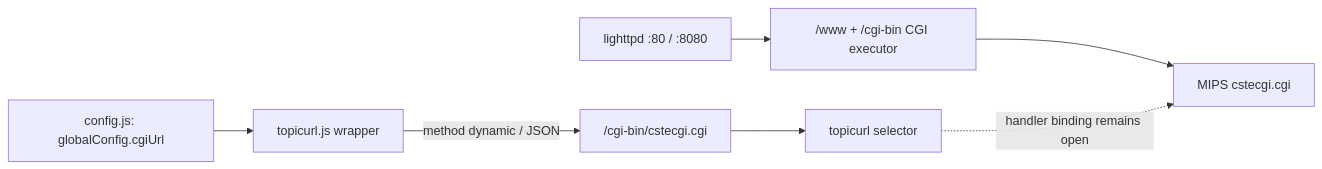
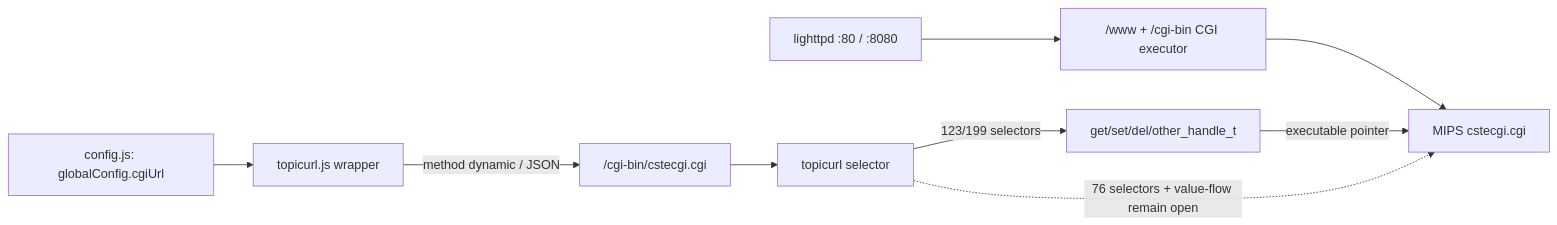
One commit to FitzBC/FirmAtlas changed the second of 2 diagrams in docs/firmware-mapping/research-casebook.md. Above: the diagram before and after it, drawn with Mermaid. The commit also changed other lines of this file and 18 other files, not shown here.

````diff
--- a/docs/firmware-mapping/research-casebook.md
+++ b/docs/firmware-mapping/research-casebook.md
@@ -96,9 +96,11 @@
 ```mermaid
 flowchart LR
     CFG["config.js: globalConfig.cgiUrl"] --> WRAP["topicurl.js wrapper"]
     WRAP -->|"method dynamic / JSON"| CGI["/cgi-bin/cstecgi.cgi"]
     CGI --> SEL["topicurl selector"]
     L["lighttpd :80 / :8080"] --> NS["/www + /cgi-bin CGI executor"]
     NS --> BIN["MIPS cstecgi.cgi"]
-    SEL -. "handler binding remains open" .-> BIN
+    SEL -->|"123/199 selectors"| TAB["get/set/del/other_handle_t"]
+    TAB -->|"executable pointer"| BIN
+    SEL -. "76 selectors + value-flow remain open" .-> BIN
 ```
````
